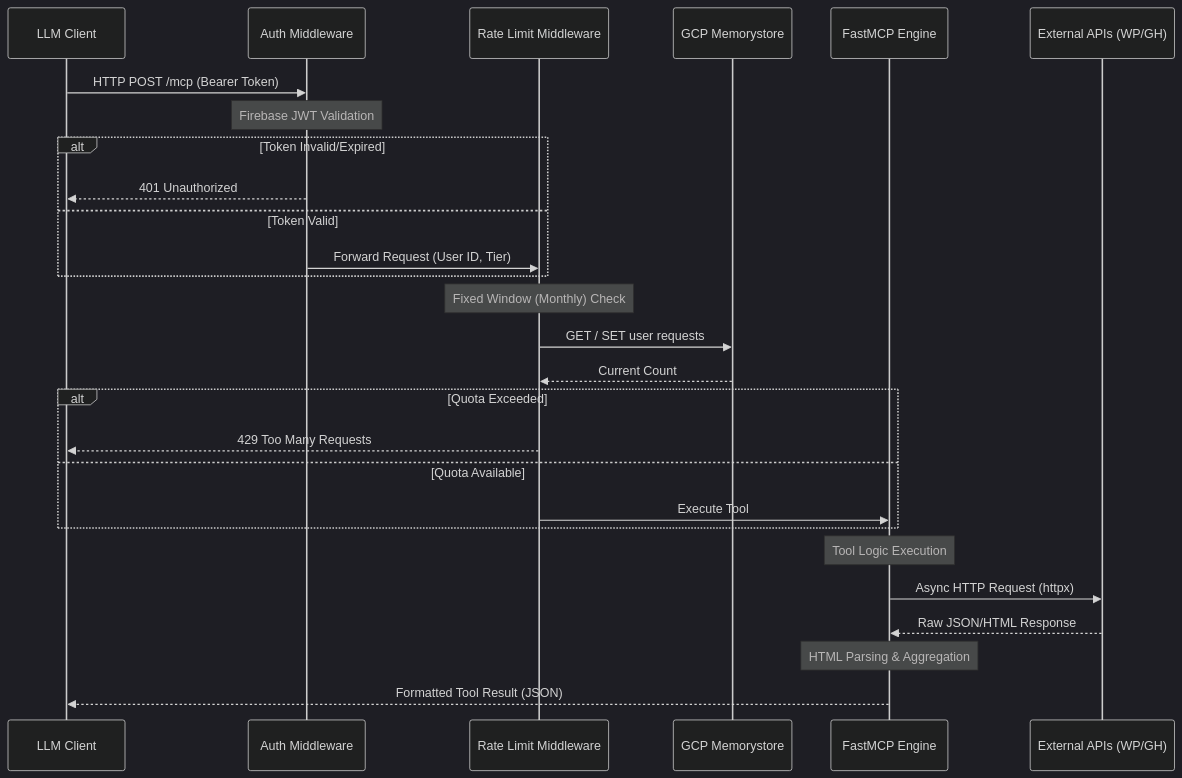
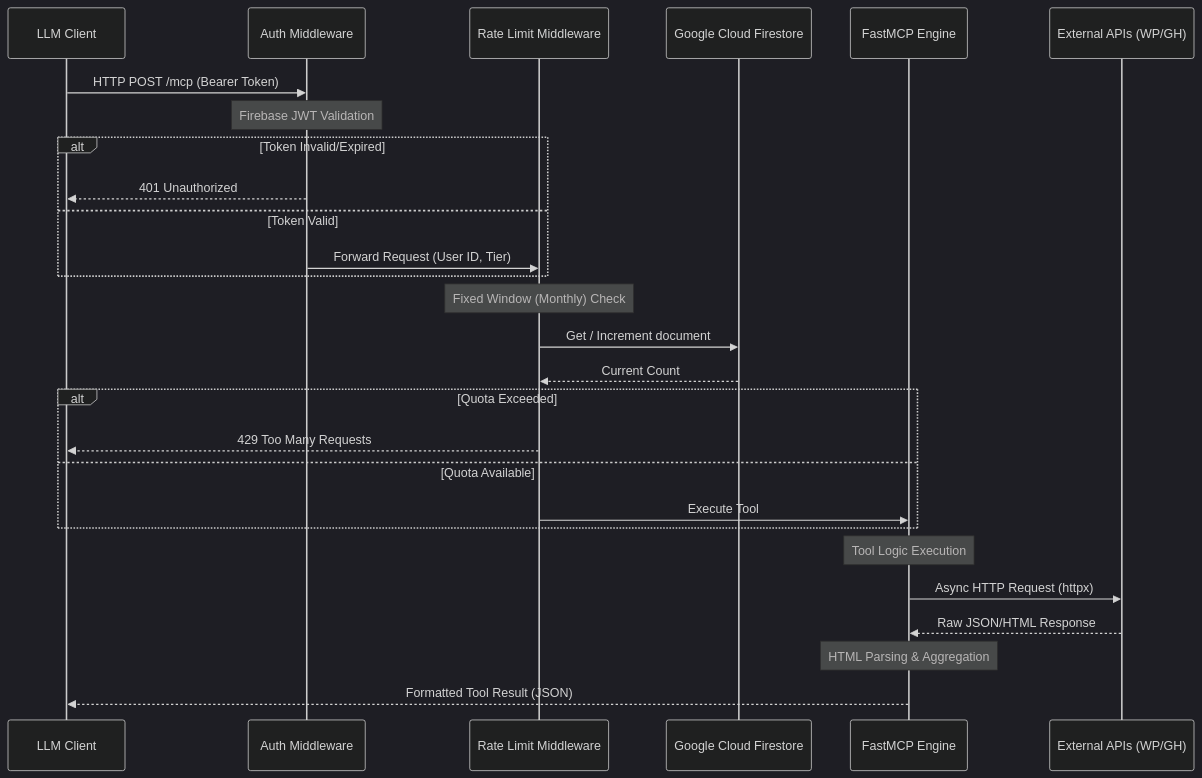
Before and after one commit to ambiental-media/jor-mcp: the second of 2 diagrams in docs/1-technical/architecture.md, drawn with Mermaid. The commit also changed other lines of this file and 6 other files, not shown here.

````diff
--- a/docs/1-technical/architecture.md
+++ b/docs/1-technical/architecture.md
@@ -45,36 +45,36 @@
 ```mermaid
 %%{init: {'theme': 'dark'}}%%
 sequenceDiagram
     participant C as LLM Client
     participant Auth as Auth Middleware
     participant RL as Rate Limit Middleware
-    participant Redis as GCP Memorystore
+    participant Firestore as Google Cloud Firestore
     participant MCP as FastMCP Engine
     participant Ext as External APIs (WP/GH)
 
     C->>Auth: HTTP POST /mcp (Bearer Token)
     
     Note over Auth: Firebase JWT Validation
     alt Token Invalid/Expired
         Auth-->>C: 401 Unauthorized
     else Token Valid
         Auth->>RL: Forward Request (User ID, Tier)
     end
 
     Note over RL: Fixed Window (Monthly) Check
-    RL->>Redis: GET / SET user requests
-    Redis-->>RL: Current Count
+    RL->>Firestore: Get / Increment document
+    Firestore-->>RL: Current Count
     
     alt Quota Exceeded
         RL-->>C: 429 Too Many Requests
     else Quota Available
         RL->>MCP: Execute Tool
     end
 
     Note over MCP: Tool Logic Execution
     MCP->>Ext: Async HTTP Request (httpx)
     Ext-->>MCP: Raw JSON/HTML Response
     
     Note over MCP: HTML Parsing & Aggregation
     MCP-->>C: Formatted Tool Result (JSON)
 ```
````
